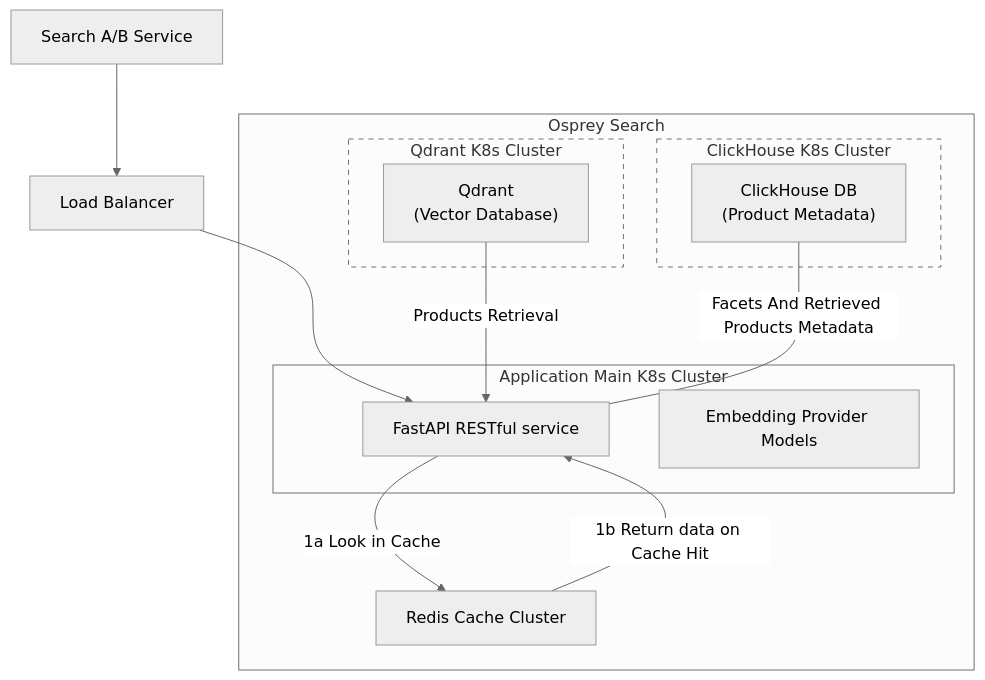
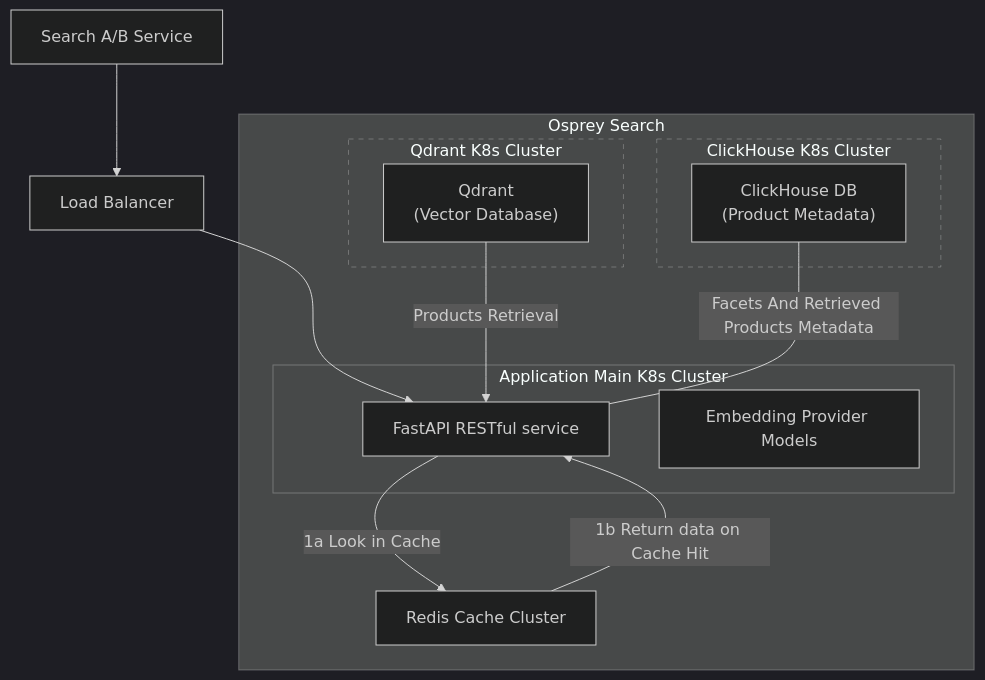
One commit to caiferris/qtact changed the diagram in osprey_search_ARCHITECTURE.md. Above: the diagram before and after it, drawn with Mermaid.

Commit message:
Updated osprey doc

````diff
--- a/osprey_search_ARCHITECTURE.md
+++ b/osprey_search_ARCHITECTURE.md
@@ -45,35 +45,35 @@
 ```mermaid
 %%{
   init: {
-    'theme': 'neutral'
+    'theme': 'dark'
   }
 }%%
 graph 
   query["Search A/B Service"]
   load_balancer["Load Balancer"]
   api_server["FastAPI RESTful service"]
   embedding_model["Embedding Provider Models"]
   redis["Redis Cache Cluster"]
   qdrant_vdb["`Qdrant
 (Vector Database)`"]
   clickhouse_cdb["`ClickHouse DB
 (Product Metadata)`"]
   query --> load_balancer --> api_server
 subgraph parent_subgraph["Osprey Search"]
   api_server -- 1a Look in Cache --> redis
   redis -- 1b Return data on Cache Hit --> api_server
   subgraph sub_graph_group1["Application Main K8s Cluster"]
     style sub_graph_group1 stroke: 5, 5
     api_server
     embedding_model
   end
   subgraph qdrant_cluster["Qdrant K8s Cluster"]
     style qdrant_cluster stroke-dasharray: 5, 5
     qdrant_vdb -- Products Retrieval --> api_server
   end
   subgraph clickhouse_cluster["ClickHouse K8s Cluster"]
     style clickhouse_cluster stroke-dasharray: 5, 5
     clickhouse_cdb -- Facets And Retrieved Products Metadata --- api_server
   end
 end
 ```
````
